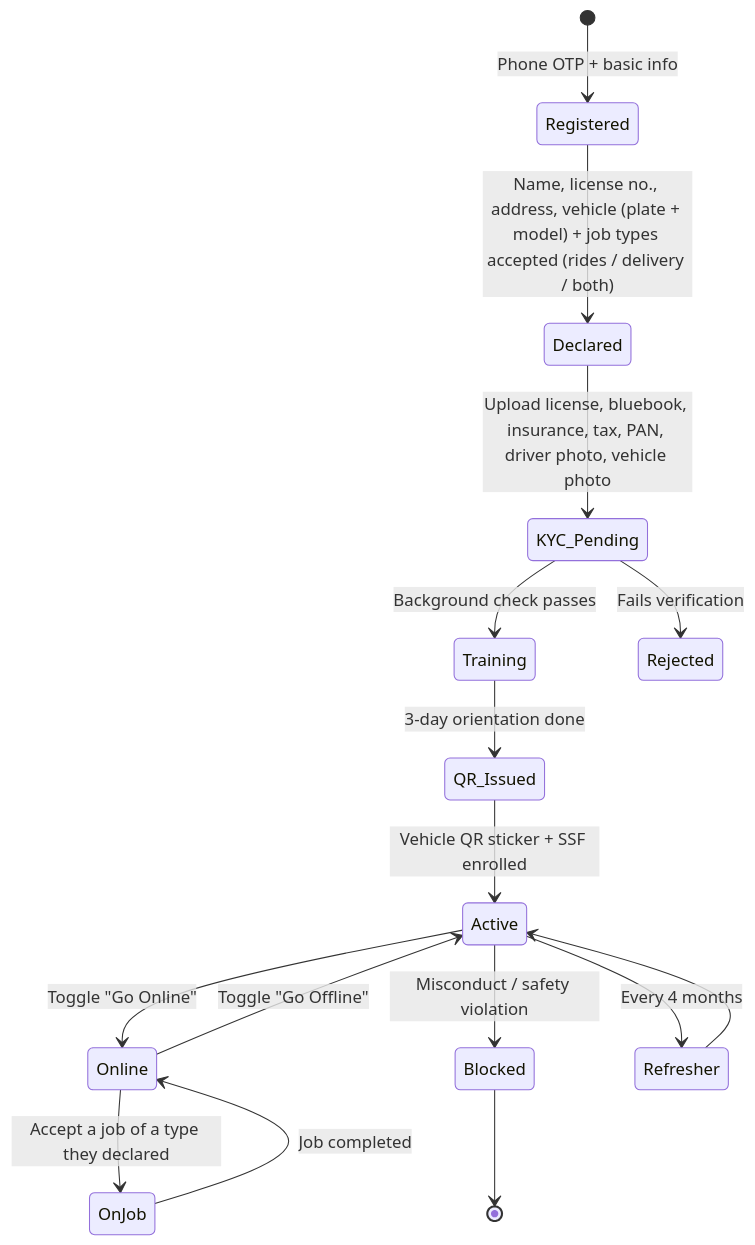
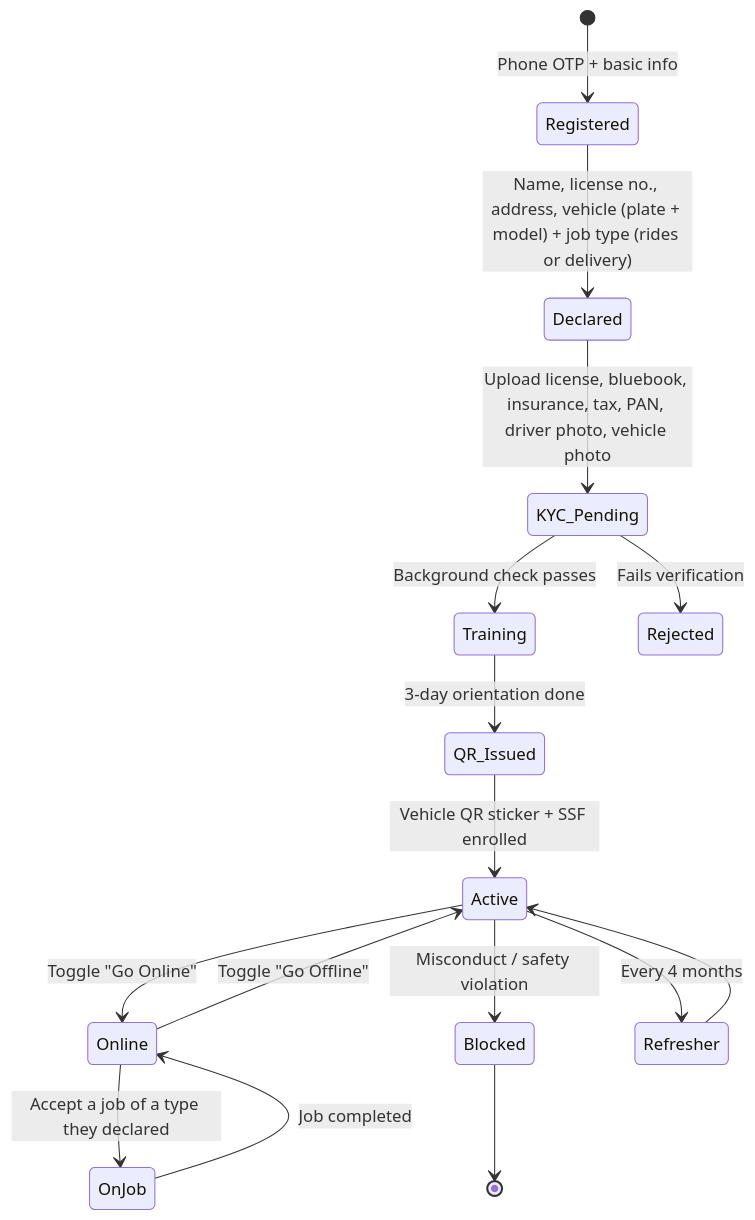
One commit to debendraoli/saarathi changed the third of 8 diagrams in docs/research/03-user-flows.md. Above: the diagram before and after it, drawn with Mermaid. The commit also changed other lines of this file and 12 other files, not shown here.

First line of the commit message:
Restrict driver job type to a strict either/or (ride xor delivery)

````diff
--- a/docs/research/03-user-flows.md
+++ b/docs/research/03-user-flows.md
@@ -109,18 +109,18 @@
 ```mermaid
 stateDiagram-v2
     [*] --> Registered: Phone OTP + basic info
-    Registered --> Declared: Name, license no., address, vehicle (plate + model) + job types accepted (rides / delivery / both)
+    Registered --> Declared: Name, license no., address, vehicle (plate + model) + job type (rides or delivery)
     Declared --> KYC_Pending: Upload license, bluebook, insurance, tax, PAN, driver photo, vehicle photo
     KYC_Pending --> Training: Background check passes
     KYC_Pending --> Rejected: Fails verification
     Training --> QR_Issued: 3-day orientation done
     QR_Issued --> Active: Vehicle QR sticker + SSF enrolled
     Active --> Online: Toggle "Go Online"
     Online --> OnJob: Accept a job of a type they declared
     OnJob --> Online: Job completed
     Online --> Active: Toggle "Go Offline"
     Active --> Blocked: Misconduct / safety violation
     Active --> Refresher: Every 4 months
     Refresher --> Active
     Blocked --> [*]
 ```
````
